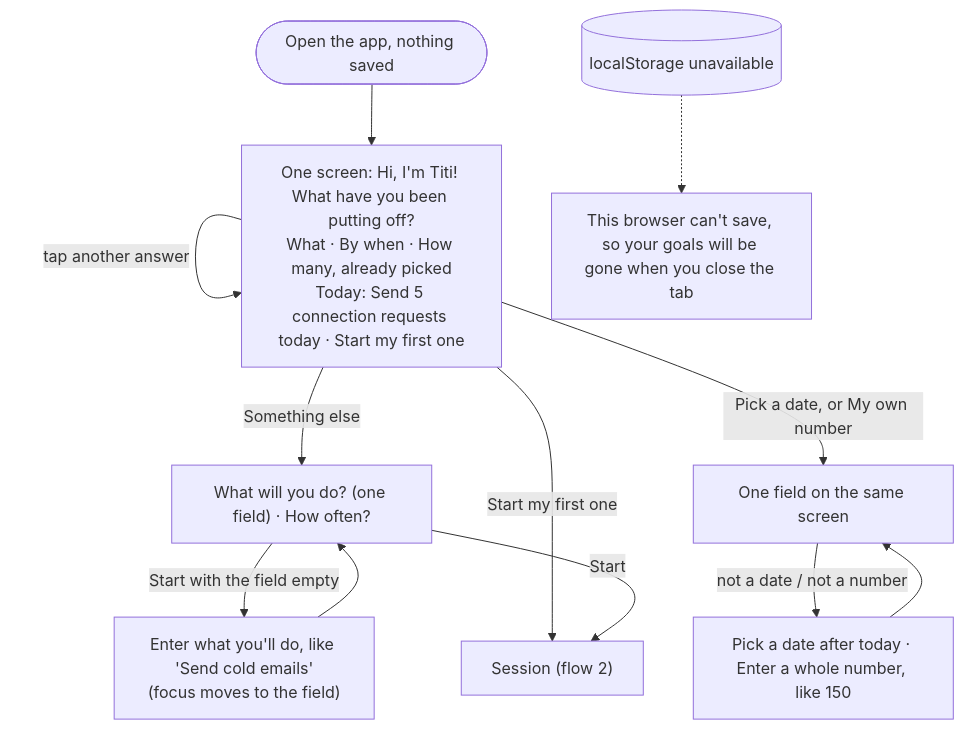
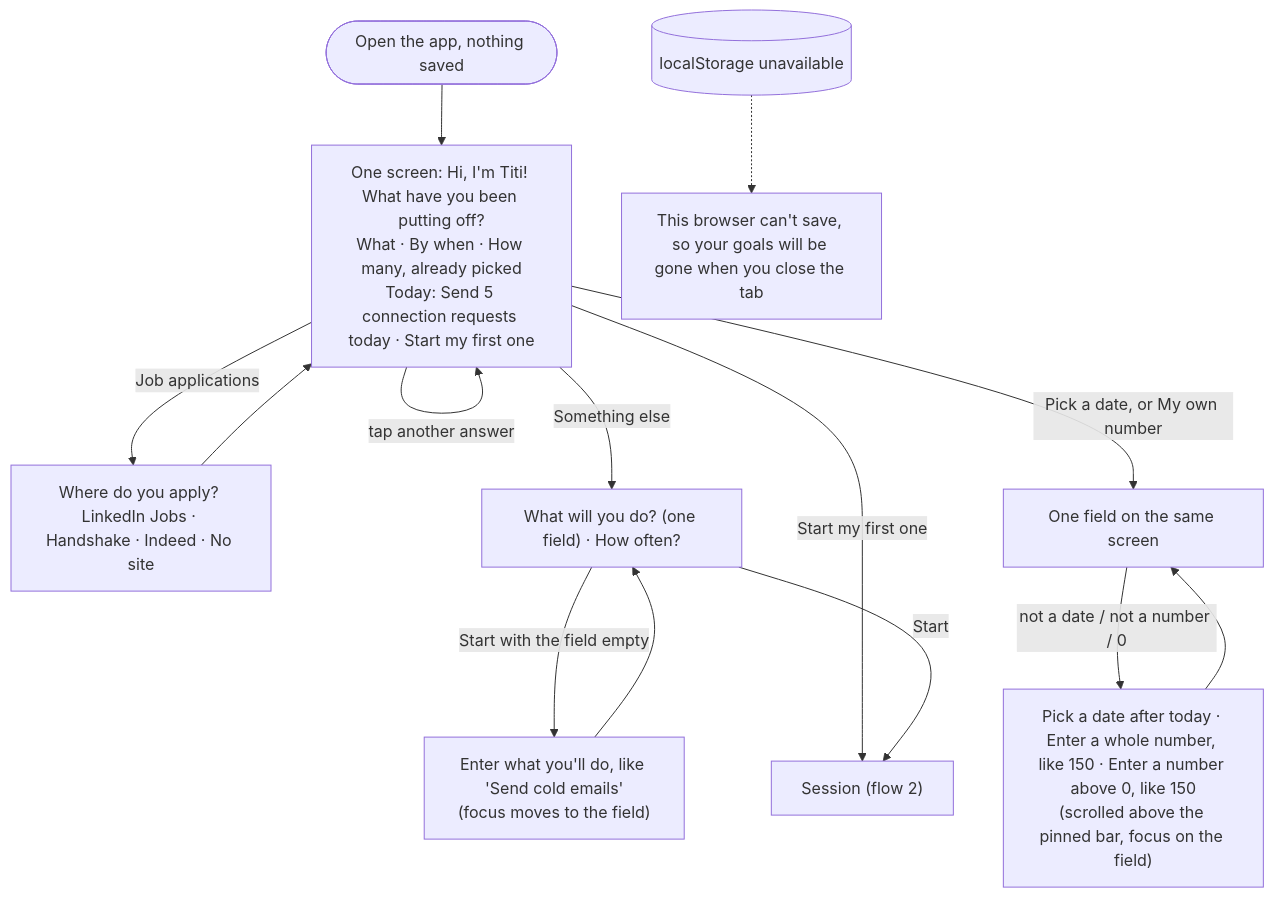
The first of 4 diagrams in flows.md (jessieyiqichen/dbs-a3), drawn with Mermaid before and after one commit. The commit also changed other lines of this file and 4 other files, not shown here.

First line of the commit message:
docs: README and flows match the app; both first-run rounds; working with the agent; new state sheets

````diff
--- a/flows.md
+++ b/flows.md
@@ -13,12 +13,13 @@
 ```mermaid
 flowchart TD
     A([Open the app, nothing saved]) --> P["One screen: Hi, I'm Titi! What have you been putting off?\nWhat · By when · How many, already picked\nToday: Send 5 connection requests today · Start my first one"]
     P -->|tap another answer| P
+    P -->|Job applications| WH["Where do you apply? LinkedIn Jobs · Handshake · Indeed · No site"] --> P
     P -->|Something else| W["What will you do? (one field) · How often?"]
     W -->|Start with the field empty| WE["Enter what you'll do, like 'Send cold emails'\n(focus moves to the field)"] --> W
     P -->|Pick a date, or My own number| F["One field on the same screen"]
-    F -->|not a date / not a number| FE["Pick a date after today · Enter a whole number, like 150"] --> F
+    F -->|not a date / not a number / 0| FE["Pick a date after today · Enter a whole number, like 150 · Enter a number above 0, like 150\n(scrolled above the pinned bar, focus on the field)"] --> F
     P -->|Start my first one| S["Session (flow 2)"]
     W -->|Start| S
     X[(localStorage unavailable)] -.-> XB["This browser can't save, so your goals will be gone when you close the tab"]
 ```
````
